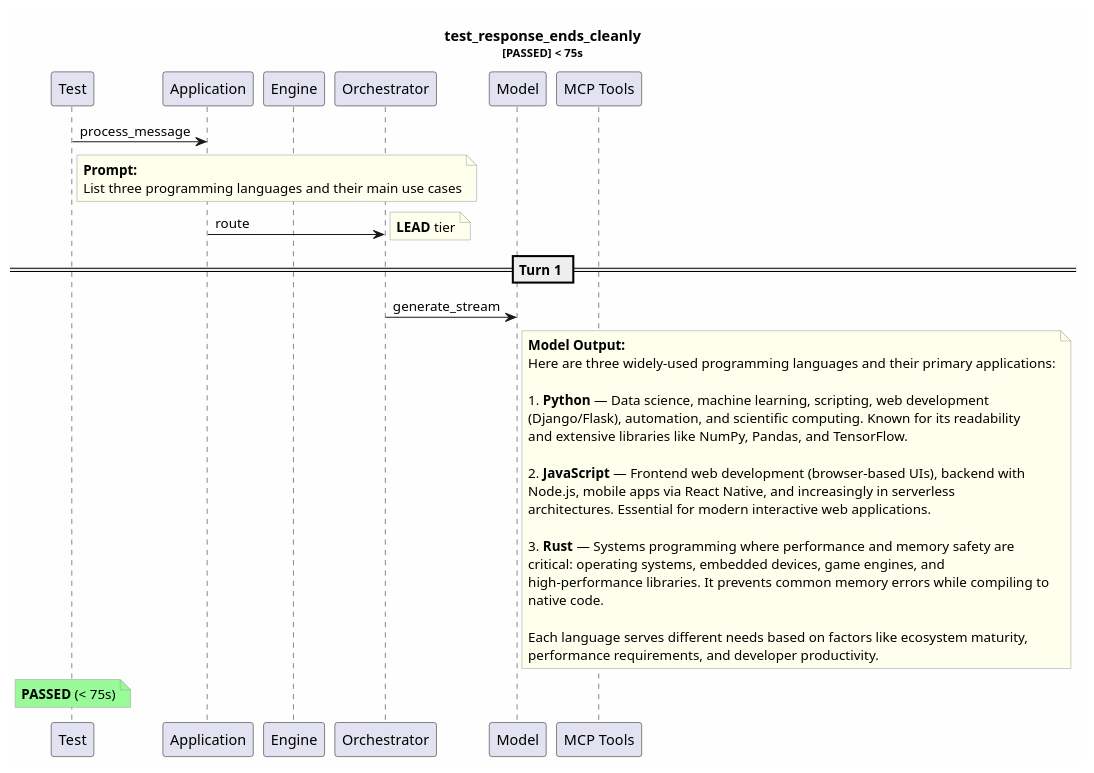
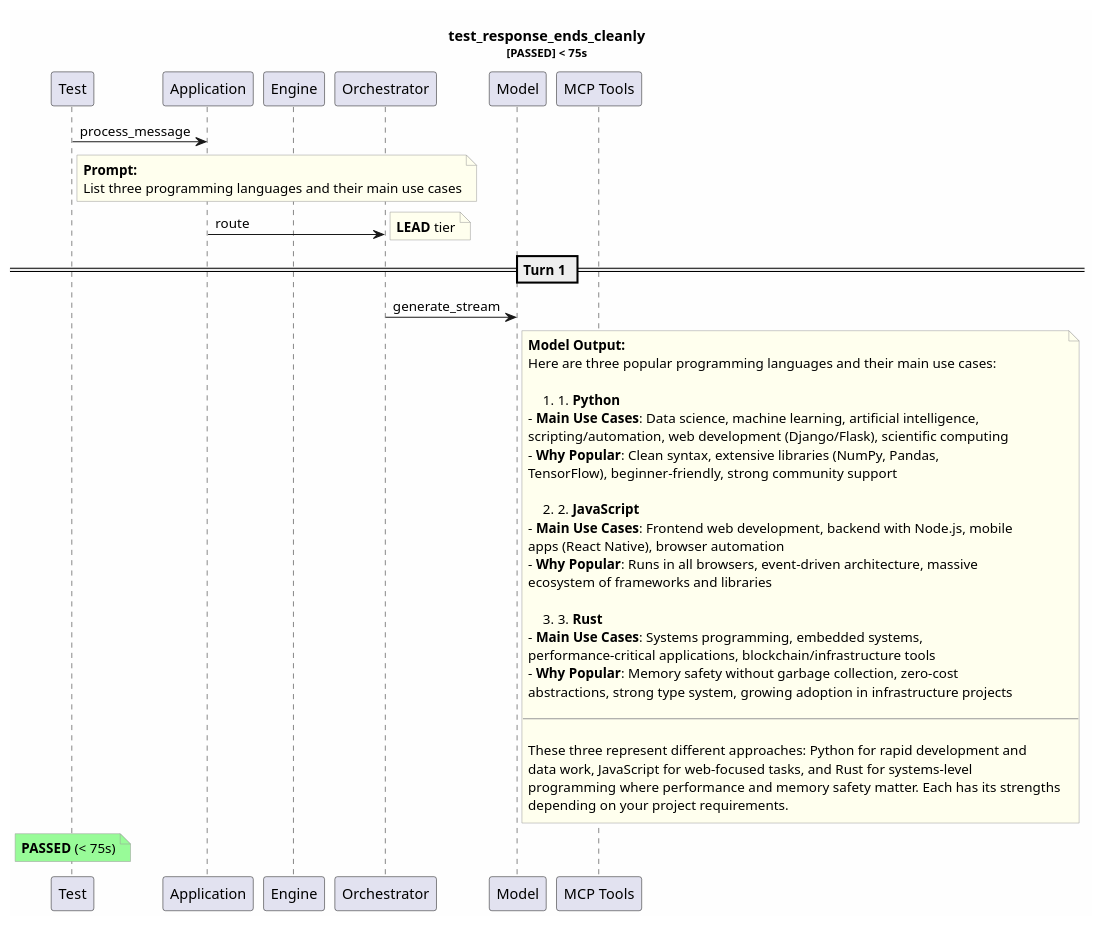
The diagram in test-reports/logs/test_response_ends_cleanly/test_response_ends_cleanly.puml (tvanfossen/entropic), drawn with PlantUML before and after one commit. The commit also changed 11 other files, not shown here.

```diff
--- a/test-reports/logs/test_response_ends_cleanly/test_response_ends_cleanly.puml
+++ b/test-reports/logs/test_response_ends_cleanly/test_response_ends_cleanly.puml
@@ -1,47 +1,56 @@
 @startuml
 skinparam backgroundColor #FEFEFE
 skinparam noteBorderColor #999999
 skinparam noteBackgroundColor #FFFFEE
 title test_response_ends_cleanly\n<size:11>[PASSED] < 75s</size>
 
 participant "Test" as T
 participant "Application" as App
 participant "Engine" as Eng
 participant "Orchestrator" as Orch
 participant "Model" as Mdl
 participant "MCP Tools" as MCP
 
 T -> App: process_message
 note right of T
   **Prompt:**
   List three programming languages and their main use cases
 end note
 App -> Orch: route
 note right: **LEAD** tier
 == Turn 1 ==
 Orch -> Mdl: generate_stream
 note right of Mdl
   **Model Output:**
-  Here are three widely-used programming languages and their primary applications:
+  Here are three popular programming languages and their main use cases:
   
-  1. **Python** — Data science, machine learning, scripting, web development 
-  (Django/Flask), automation, and scientific computing. Known for its readability 
-  and extensive libraries like NumPy, Pandas, and TensorFlow.
+  ## 1. **Python**
+  - **Main Use Cases**: Data science, machine learning, artificial intelligence, 
+  scripting/automation, web development (Django/Flask), scientific computing
+  - **Why Popular**: Clean syntax, extensive libraries (NumPy, Pandas, 
+  TensorFlow), beginner-friendly, strong community support
   
-  2. **JavaScript** — Frontend web development (browser-based UIs), backend with 
-  Node.js, mobile apps via React Native, and increasingly in serverless 
-  architectures. Essential for modern interactive web applications.
+  ## 2. **JavaScript**
+  - **Main Use Cases**: Frontend web development, backend with Node.js, mobile 
+  apps (React Native), browser automation
+  - **Why Popular**: Runs in all browsers, event-driven architecture, massive 
+  ecosystem of frameworks and libraries
   
-  3. **Rust** — Systems programming where performance and memory safety are 
-  critical: operating systems, embedded devices, game engines, and 
-  high-performance libraries. It prevents common memory errors while compiling to 
-  native code.
+  ## 3. **Rust**
+  - **Main Use Cases**: Systems programming, embedded systems, 
+  performance-critical applications, blockchain/infrastructure tools
+  - **Why Popular**: Memory safety without garbage collection, zero-cost 
+  abstractions, strong type system, growing adoption in infrastructure projects
   
-  Each language serves different needs based on factors like ecosystem maturity, 
-  performance requirements, and developer productivity.
+  ---
+  
+  These three represent different approaches: Python for rapid development and 
+  data work, JavaScript for web-focused tasks, and Rust for systems-level 
+  programming where performance and memory safety matter. Each has its strengths 
+  depending on your project requirements.
 end note
 note over T #palegreen
   **PASSED** (< 75s)
 end note
 
 @enduml
```
